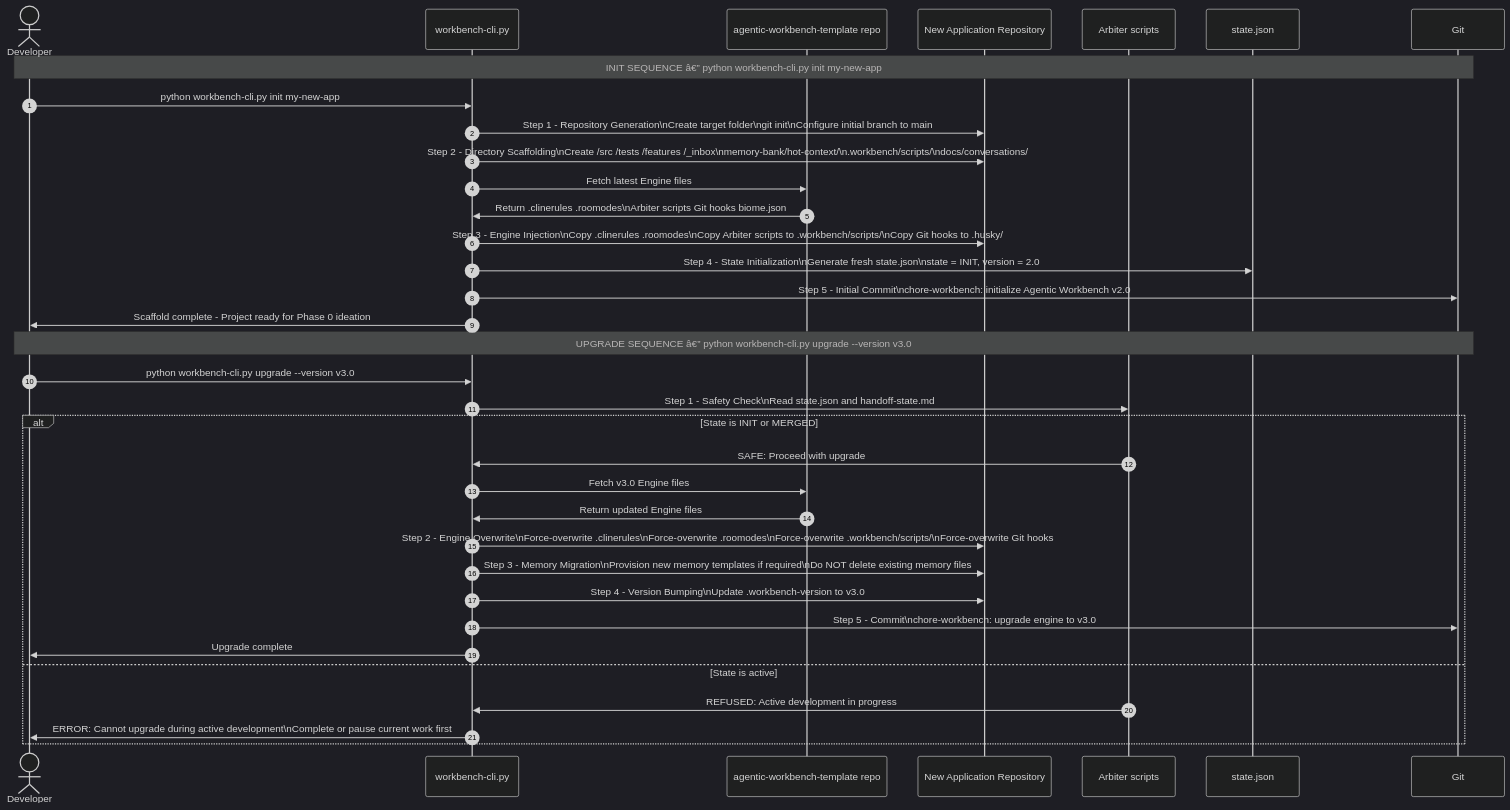
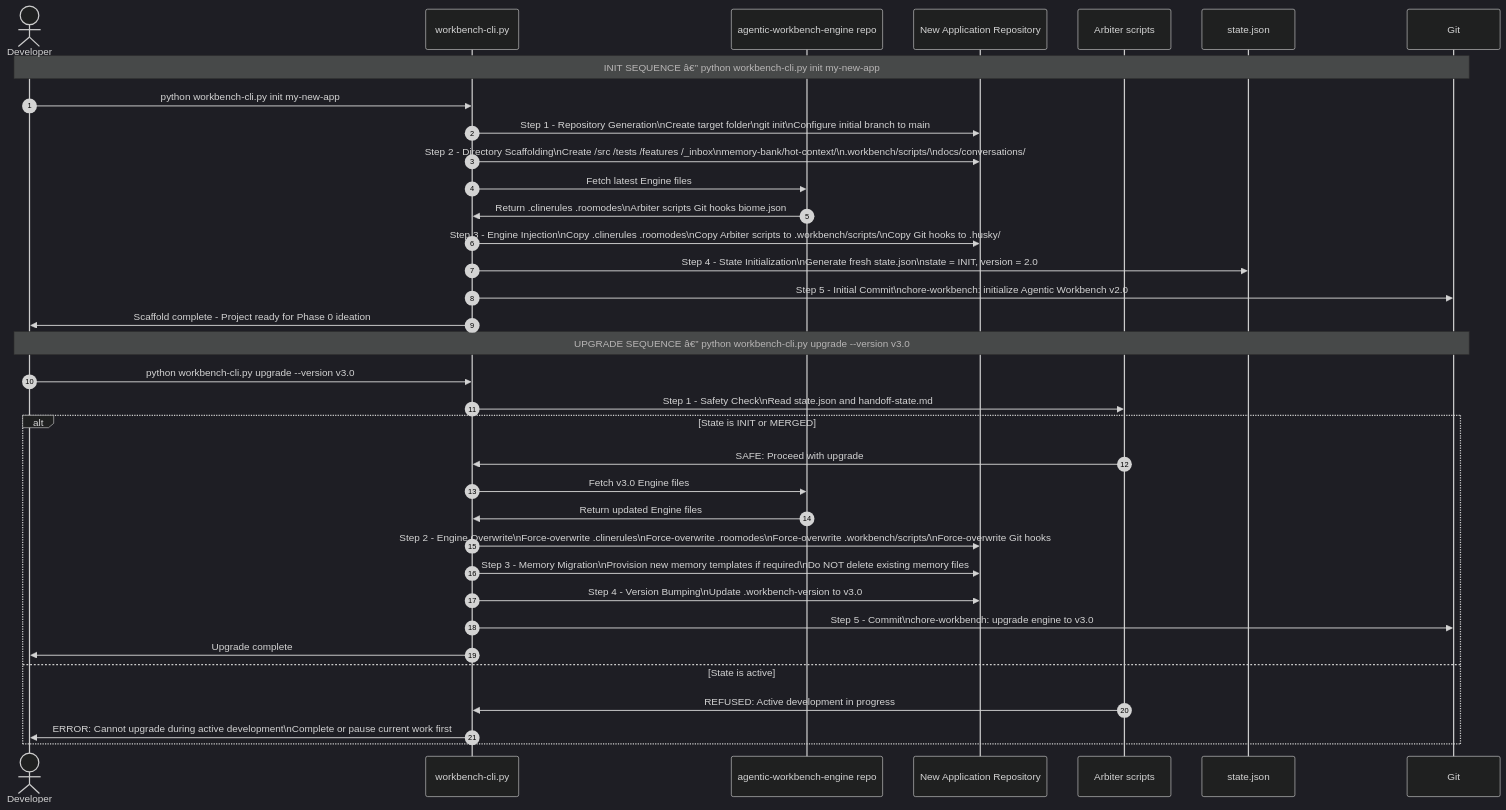
One commit to nghiaphan31/agentic-workbench-lab changed the seventh of 7 diagrams in diagrams/05-memory-sessions-and-infra.md. Above: the diagram before and after it, drawn with Mermaid (dark theme). The commit also changed other lines of this file and 54 other files, not shown here.

````diff
--- a/diagrams/05-memory-sessions-and-infra.md
+++ b/diagrams/05-memory-sessions-and-infra.md
@@ -436,57 +436,57 @@
 ```mermaid
 sequenceDiagram
     autonumber
     actor Dev as Developer
     participant CLI as workbench-cli.py
-    participant Template as agentic-workbench-template repo
+    participant Template as agentic-workbench-engine repo
     participant NewRepo as New Application Repository
     participant Arbiter as Arbiter scripts
     participant StateJSON as state.json
     participant Git as Git
 
     Note over Dev,Git: INIT SEQUENCE â€” python workbench-cli.py init my-new-app
 
     Dev->>CLI: python workbench-cli.py init my-new-app
 
     CLI->>NewRepo: Step 1 - Repository Generation\nCreate target folder\ngit init\nConfigure initial branch to main
 
     CLI->>NewRepo: Step 2 - Directory Scaffolding\nCreate /src /tests /features /_inbox\nmemory-bank/hot-context/\n.workbench/scripts/\ndocs/conversations/
 
     CLI->>Template: Fetch latest Engine files
     Template->>CLI: Return .clinerules .roomodes\nArbiter scripts Git hooks biome.json
 
     CLI->>NewRepo: Step 3 - Engine Injection\nCopy .clinerules .roomodes\nCopy Arbiter scripts to .workbench/scripts/\nCopy Git hooks to .husky/
 
     CLI->>StateJSON: Step 4 - State Initialization\nGenerate fresh state.json\nstate = INIT, version = 2.0
 
     CLI->>Git: Step 5 - Initial Commit\nchore-workbench: initialize Agentic Workbench v2.0
 
     CLI->>Dev: Scaffold complete - Project ready for Phase 0 ideation
 
     Note over Dev,Git: UPGRADE SEQUENCE â€” python workbench-cli.py upgrade --version v3.0
 
     Dev->>CLI: python workbench-cli.py upgrade --version v3.0
 
     CLI->>Arbiter: Step 1 - Safety Check\nRead state.json and handoff-state.md
 
     alt State is INIT or MERGED
         Arbiter->>CLI: SAFE: Proceed with upgrade
 
         CLI->>Template: Fetch v3.0 Engine files
         Template->>CLI: Return updated Engine files
 
         CLI->>NewRepo: Step 2 - Engine Overwrite\nForce-overwrite .clinerules\nForce-overwrite .roomodes\nForce-overwrite .workbench/scripts/\nForce-overwrite Git hooks
 
         CLI->>NewRepo: Step 3 - Memory Migration\nProvision new memory templates if required\nDo NOT delete existing memory files
 
         CLI->>NewRepo: Step 4 - Version Bumping\nUpdate .workbench-version to v3.0
 
         CLI->>Git: Step 5 - Commit\nchore-workbench: upgrade engine to v3.0
 
         CLI->>Dev: Upgrade complete
 
     else State is active
         Arbiter->>CLI: REFUSED: Active development in progress
         CLI->>Dev: ERROR: Cannot upgrade during active development\nComplete or pause current work first
     end
 ```
````
